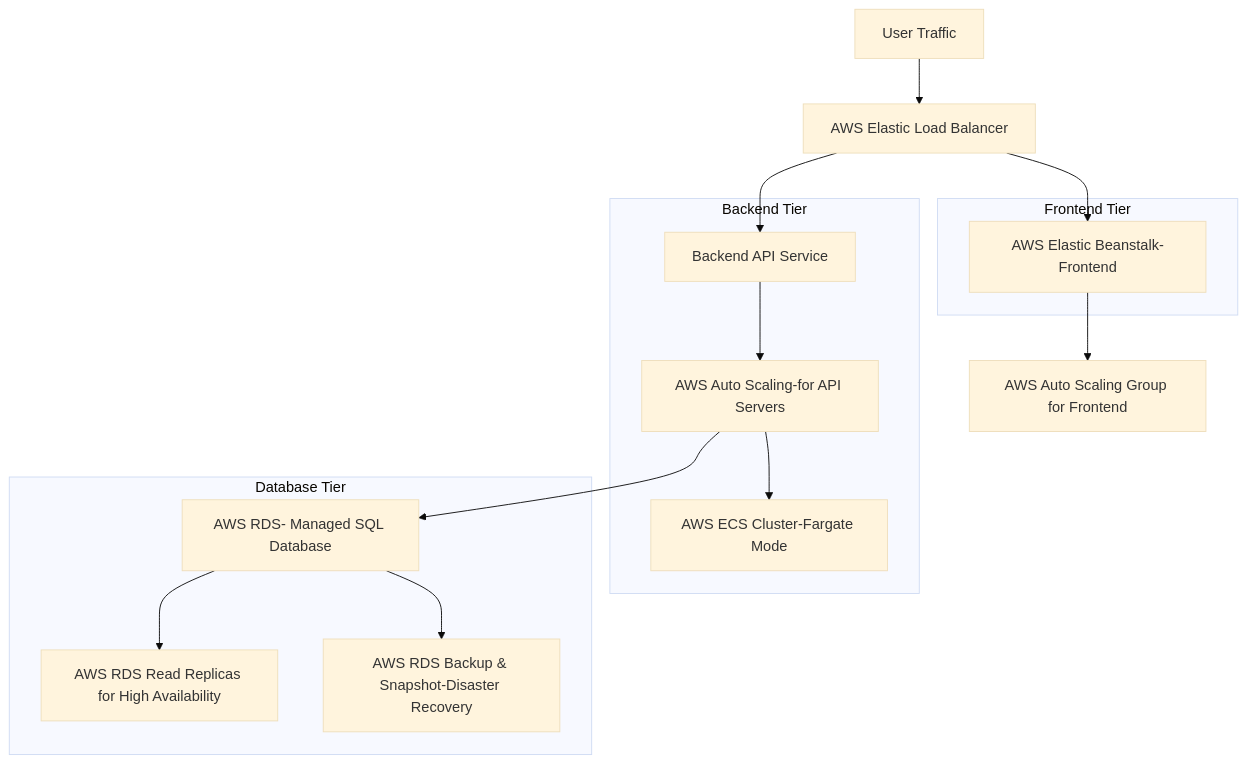
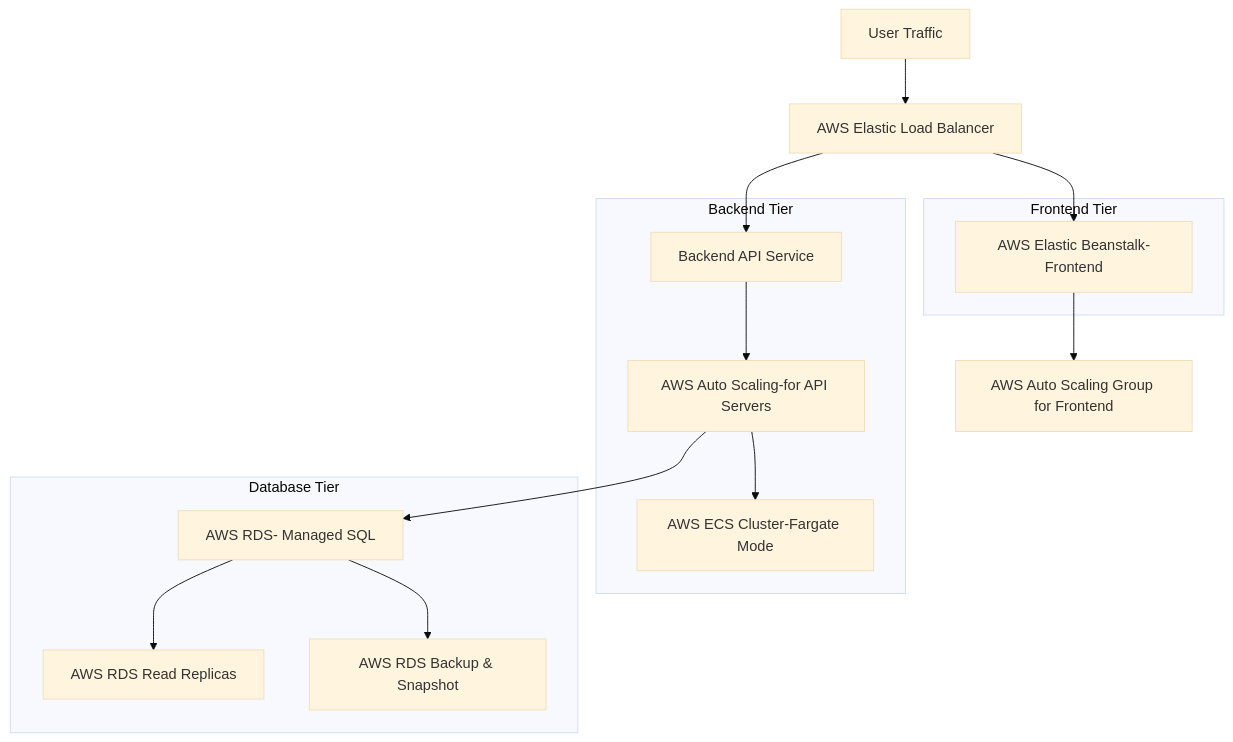
One commit to Klamichhane738/CST8913_010-Cloud-Migration_Lab changed the second of 2 diagrams in Lab5/lab5.md. Above: the diagram before and after it, drawn with Mermaid (base theme).

Commit message:
Diagram modified

````diff
--- a/Lab5/lab5.md
+++ b/Lab5/lab5.md
@@ -18,30 +18,30 @@
 ```mermaid 
 graph TD;
     A[User Traffic] --> B[AWS Elastic Load Balancer]
     B --> C[AWS Elastic Beanstalk-Frontend]
     C --> D[AWS Auto Scaling Group for Frontend]
     
     B --> E[Backend API Service]
     E --> F[AWS Auto Scaling-for API Servers]
     F --> G[AWS ECS Cluster-Fargate Mode]
     
-    F --> H[AWS RDS- Managed SQL Database]
-    H --> H2[AWS RDS Read Replicas for High Availability]
-    H --> I[AWS RDS Backup & Snapshot-Disaster Recovery]
+    F --> H[AWS RDS- Managed SQL]
+    H --> H2[AWS RDS Read Replicas]
+    H --> I[AWS RDS Backup & Snapshot]
 
     subgraph Frontend Tier
         C
     end
     
     subgraph Backend Tier
         E
         F
         G
     end
     
     subgraph Database Tier
         H
         H2
         I
     end
 ```
````
